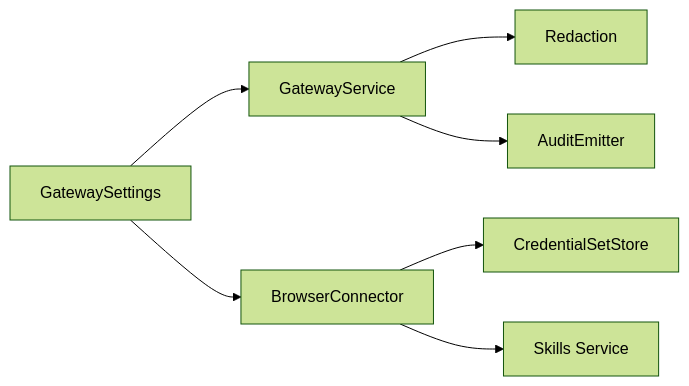
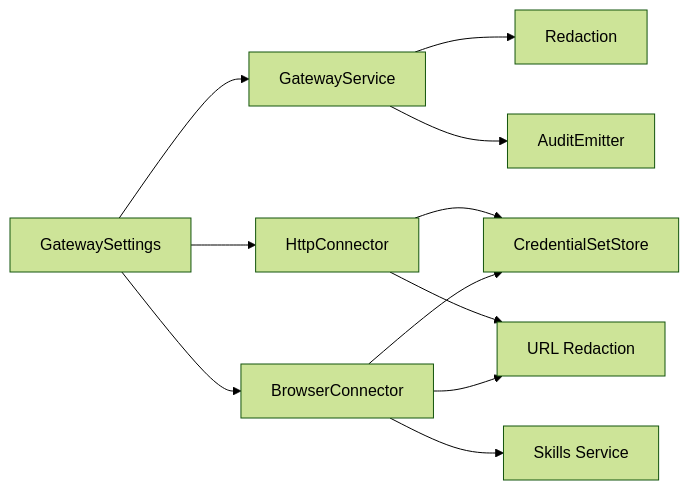
One commit to metasync/luban-aiops changed the ninth of 9 diagrams in .qoder/repowiki/en/content/Core Services/Tool Gateway/Credential Management and Security.md. Above: the diagram before and after it, drawn with Mermaid (forest theme). The commit also changed other lines of this file and 102 other files, not shown here.

````diff
--- a/.qoder/repowiki/en/content/Core Services/Tool Gateway/Credential Management and Security.md
+++ b/.qoder/repowiki/en/content/Core Services/Tool Gateway/Credential Management and Security.md
@@ -286,9 +377,13 @@
 ```mermaid
 graph LR
 CFG["GatewaySettings"] --> GW["GatewayService"]
-CFG --> BR["BrowserConnector"]
-BR --> CS["CredentialSetStore"]
+CFG --> HC["HttpConnector"]
+CFG --> BC["BrowserConnector"]
+HC --> CS["CredentialSetStore"]
+HC --> UR["URL Redaction"]
+BC --> CS
+BC --> UR
 GW --> RED["Redaction"]
 GW --> AUD["AuditEmitter"]
-BR --> SKILLS["Skills Service"]
+BC --> SKILLS["Skills Service"]
 ```
````
